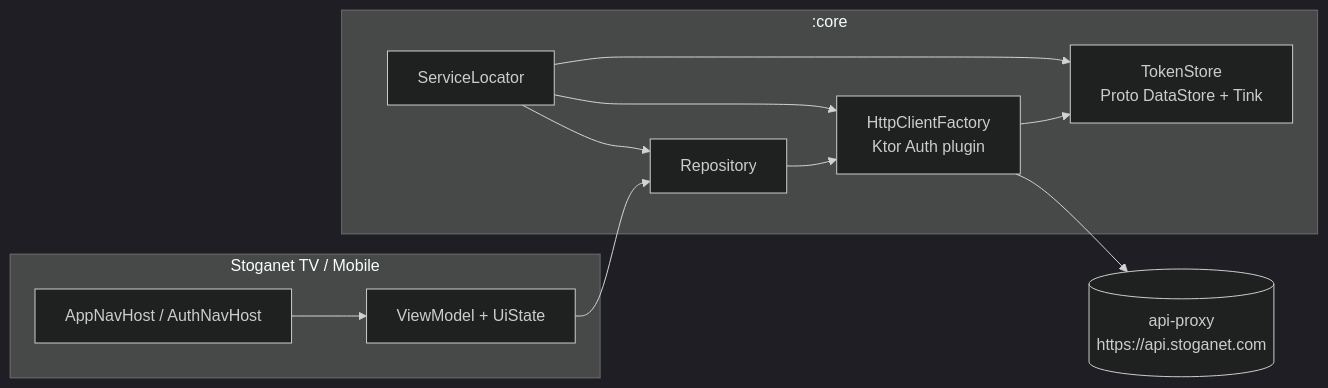
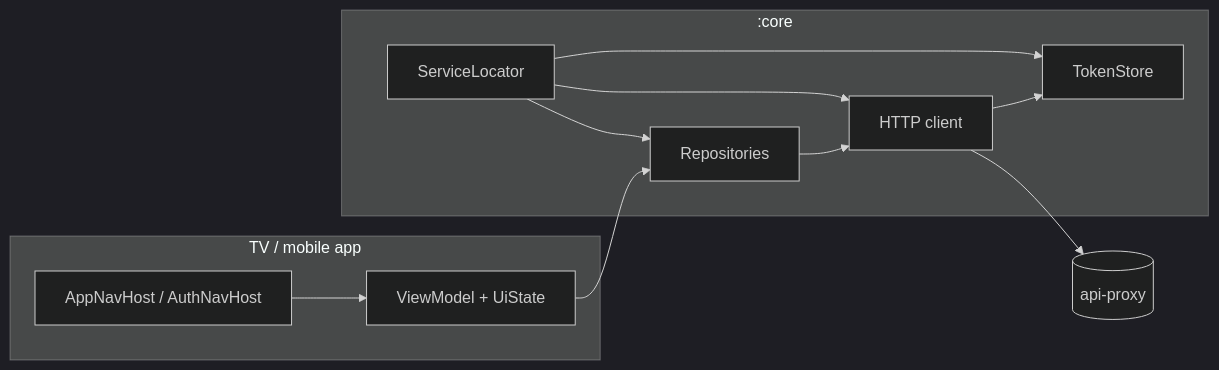
Before and after one commit to Stoganet/android-client: the diagram in README.md, drawn with Mermaid (dark theme). The commit also changed other lines of this file, not shown here.

````diff
--- a/README.md
+++ b/README.md
@@ -17,24 +24,24 @@
 ```mermaid
 flowchart LR
-  subgraph app["Stoganet TV / Mobile"]
+  subgraph app["TV / mobile app"]
     NavHost[AppNavHost / AuthNavHost]
     VM[ViewModel + UiState]
   end
 
   subgraph core[":core"]
-    Repo[Repository]
+    Repo[Repositories]
     SL[ServiceLocator]
-    Client[HttpClientFactory\nKtor Auth plugin]
-    TS[TokenStore\nProto DataStore + Tink]
+    Client[HTTP client]
+    TS[TokenStore]
   end
 
-  API[(api-proxy\nhttps://api.stoganet.com)]
+  API[(api-proxy)]
 
   NavHost --> VM --> Repo
   Repo --> Client
   Client --> TS
   Client --> API
   SL --> Repo
   SL --> Client
   SL --> TS
 ```
````
